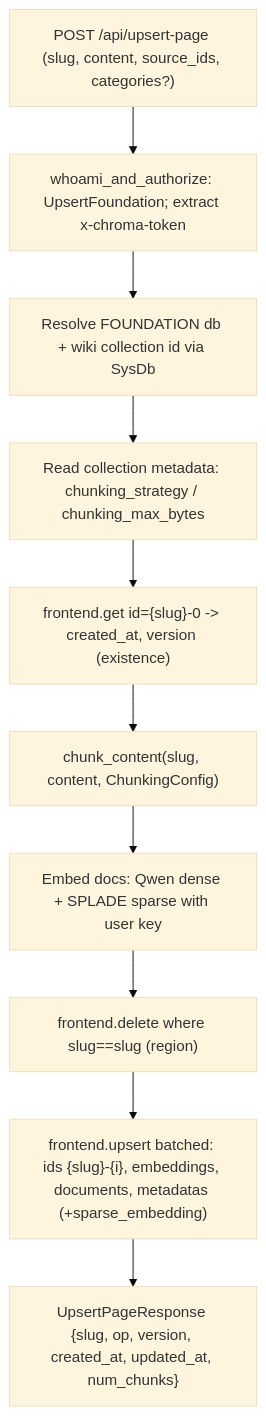
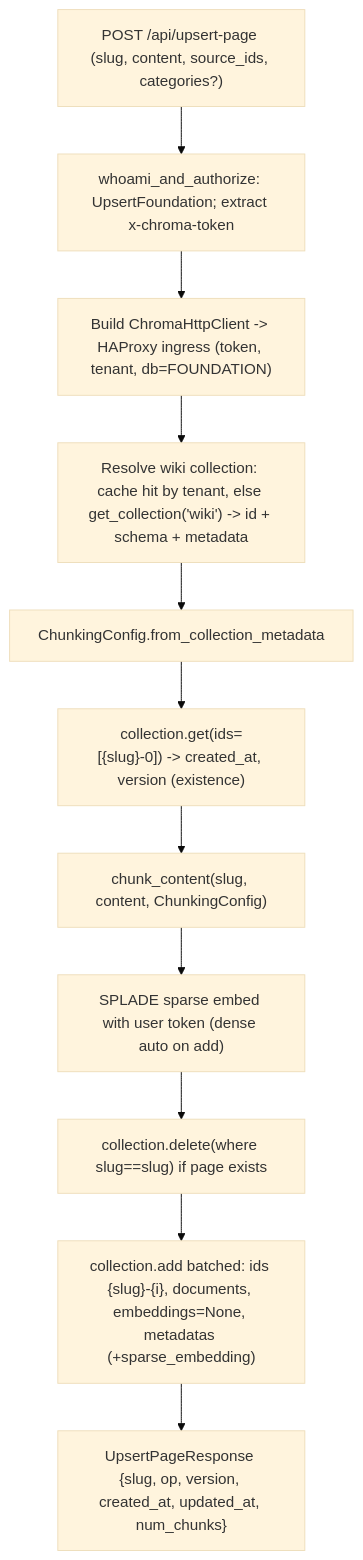
One commit to chroma-core/chroma changed the first of 2 diagrams in plans/foundation_edit-page_command_0a3a0511.plan.md. Above: the diagram before and after it, drawn with Mermaid (base theme). The commit also changed other lines of this file, not shown here.

````diff
--- a/plans/foundation_edit-page_command_0a3a0511.plan.md
+++ b/plans/foundation_edit-page_command_0a3a0511.plan.md
@@ -60,12 +60,13 @@
 ```mermaid
 flowchart TD
     A["POST /api/upsert-page (slug, content, source_ids, categories?)"] --> B["whoami_and_authorize: UpsertFoundation; extract x-chroma-token"]
-    B --> C["Resolve FOUNDATION db + wiki collection id via SysDb"]
-    C --> D["Read collection metadata: chunking_strategy / chunking_max_bytes"]
-    D --> E["frontend.get id={slug}-0 -> created_at, version (existence)"]
-    E --> F["chunk_content(slug, content, ChunkingConfig)"]
-    F --> G["Embed docs: Qwen dense + SPLADE sparse with user key"]
-    G --> H["frontend.delete where slug==slug (region)"]
-    H --> I["frontend.upsert batched: ids {slug}-{i}, embeddings, documents, metadatas (+sparse_embedding)"]
-    I --> J["UpsertPageResponse {slug, op, version, created_at, updated_at, num_chunks}"]
+    B --> C["Build ChromaHttpClient -> HAProxy ingress (token, tenant, db=FOUNDATION)"]
+    C --> D["Resolve wiki collection: cache hit by tenant, else get_collection('wiki') -> id + schema + metadata"]
+    D --> E["ChunkingConfig.from_collection_metadata"]
+    E --> F["collection.get(ids=[{slug}-0]) -> created_at, version (existence)"]
+    F --> G["chunk_content(slug, content, ChunkingConfig)"]
+    G --> H["SPLADE sparse embed with user token (dense auto on add)"]
+    H --> I["collection.delete(where slug==slug) if page exists"]
+    I --> J["collection.add batched: ids {slug}-{i}, documents, embeddings=None, metadatas (+sparse_embedding)"]
+    J --> K["UpsertPageResponse {slug, op, version, created_at, updated_at, num_chunks}"]
 ```
````
